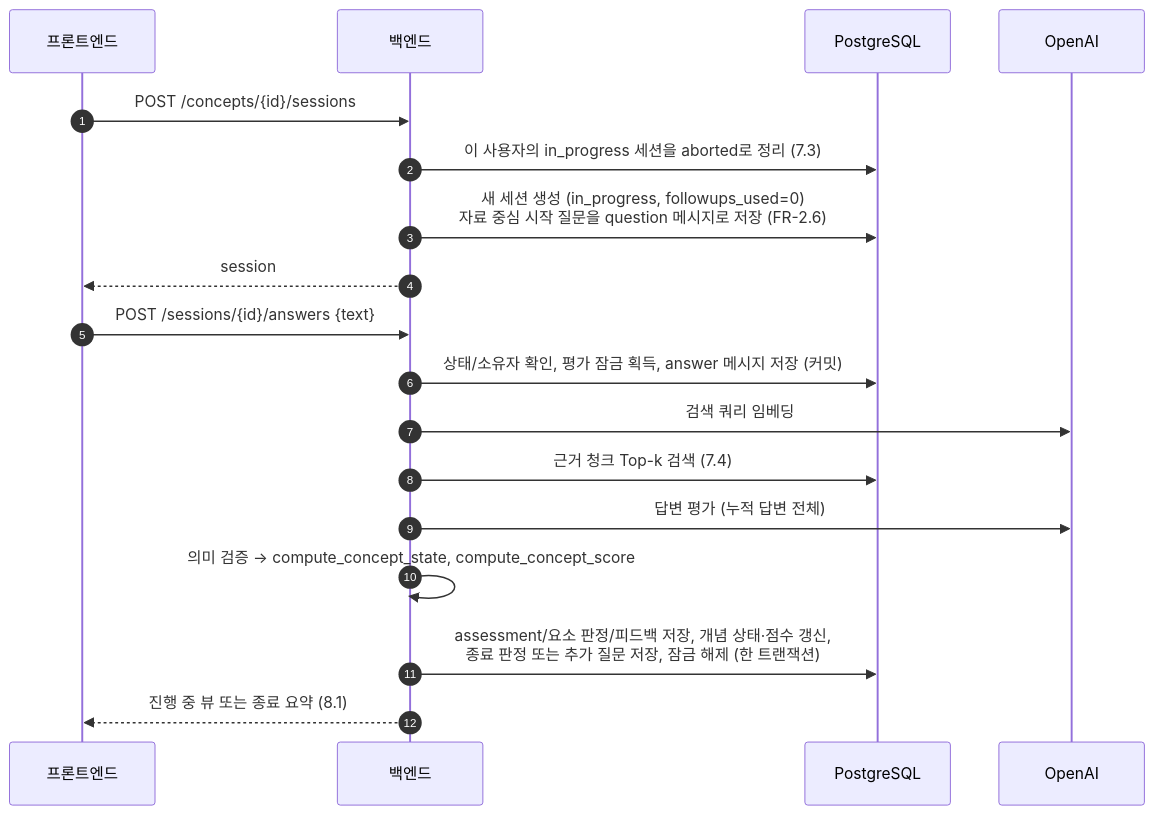
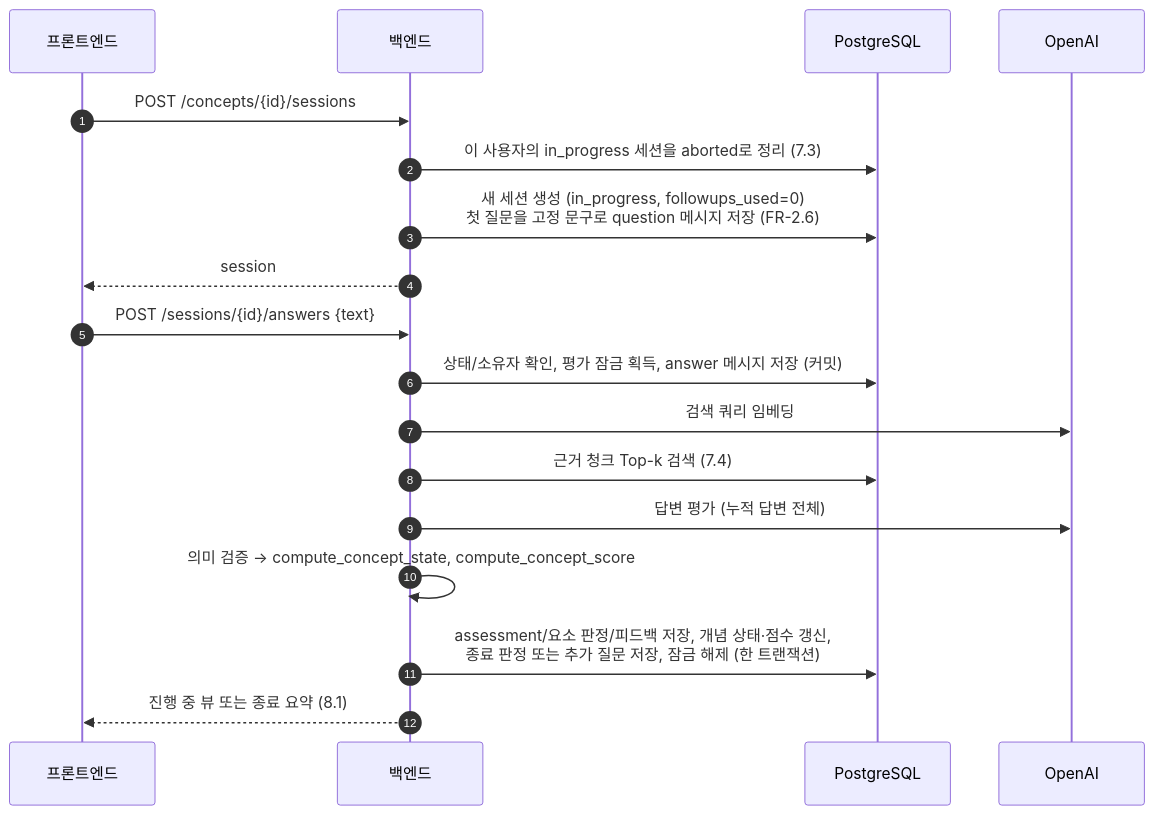
Before and after one commit to smd030830/Feynmi: the third of 4 diagrams in docs/architecture.md, drawn with Mermaid. The commit also changed other lines of this file and 1 other file, not shown here.

````diff
--- a/docs/architecture.md
+++ b/docs/architecture.md
@@ -364,21 +364,21 @@
 ```mermaid
 sequenceDiagram
   autonumber
   participant FE as 프론트엔드
   participant API as 백엔드
   participant DB as PostgreSQL
   participant OAI as OpenAI
 
   FE->>API: POST /concepts/{id}/sessions
   API->>DB: 이 사용자의 in_progress 세션을 aborted로 정리 (7.3)
-  API->>DB: 새 세션 생성 (in_progress, followups_used=0)<br/>자료 중심 시작 질문을 question 메시지로 저장 (FR-2.6)
+  API->>DB: 새 세션 생성 (in_progress, followups_used=0)<br/>첫 질문을 고정 문구로 question 메시지 저장 (FR-2.6)
   API-->>FE: session
   FE->>API: POST /sessions/{id}/answers {text}
   API->>DB: 상태/소유자 확인, 평가 잠금 획득, answer 메시지 저장 (커밋)
   API->>OAI: 검색 쿼리 임베딩
   API->>DB: 근거 청크 Top-k 검색 (7.4)
   API->>OAI: 답변 평가 (누적 답변 전체)
   API->>API: 의미 검증 → compute_concept_state, compute_concept_score
   API->>DB: assessment/요소 판정/피드백 저장, 개념 상태·점수 갱신,<br/>종료 판정 또는 추가 질문 저장, 잠금 해제 (한 트랜잭션)
   API-->>FE: 진행 중 뷰 또는 종료 요약 (8.1)
 ```
````
